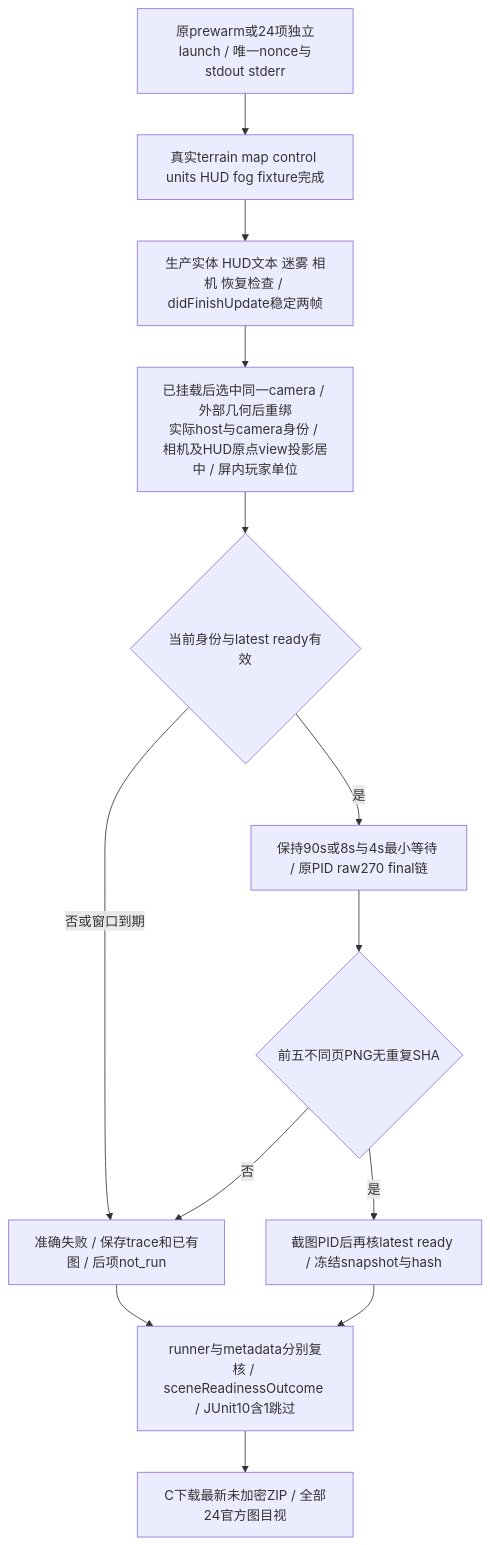
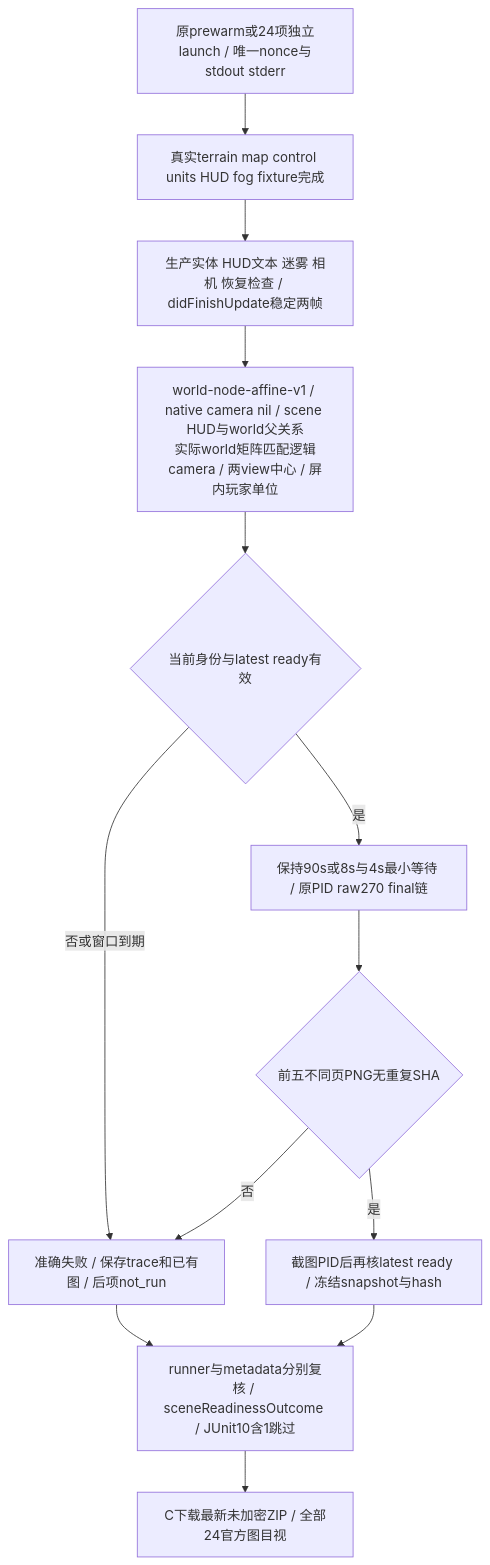
One commit to Altman-sam114/1145 changed the fifth of 8 diagrams in md/flow/flowchart.md. Above: the diagram before and after it, drawn with Mermaid. The commit also changed other lines of this file and 9 other files, not shown here.

````diff
--- a/md/flow/flowchart.md
+++ b/md/flow/flowchart.md
@@ -217,15 +219,15 @@
 ```mermaid
 flowchart TD
   Launch[原prewarm或24项独立launch / 唯一nonce与stdout stderr] --> Stages[真实terrain map control units HUD fog fixture完成]
   Stages --> Frames[生产实体 HUD文本 迷雾 相机 恢复检查 / didFinishUpdate稳定两帧]
-  Frames --> Projection[已挂载后选中同一camera / 外部几何后重绑\n实际host与camera身份 / 相机及HUD原点view投影居中 / 屏内玩家单位]
+  Frames --> Projection[world-node-affine-v1 / native camera nil / scene HUD与world父关系\n实际world矩阵匹配逻辑camera / 两view中心 / 屏内玩家单位]
   Projection --> Ready{当前身份与latest ready有效}
   Ready -- 否或窗口到期 --> Stop[准确失败 / 保存trace和已有图 / 后项not_run]
   Ready -- 是 --> Image[保持90s或8s与4s最小等待 / 原PID raw270 final链]
   Image --> Unique{前五不同页PNG无重复SHA}
   Unique -- 否 --> Stop
   Unique -- 是 --> Seal[截图PID后再核latest ready / 冻结snapshot与hash]
   Seal --> Metadata[runner与metadata分别复核 / sceneReadinessOutcome / JUnit10含1跳过]
   Metadata --> Review[C下载最新未加密ZIP / 全部24官方图目视]
   Stop --> Metadata
 ```
````
